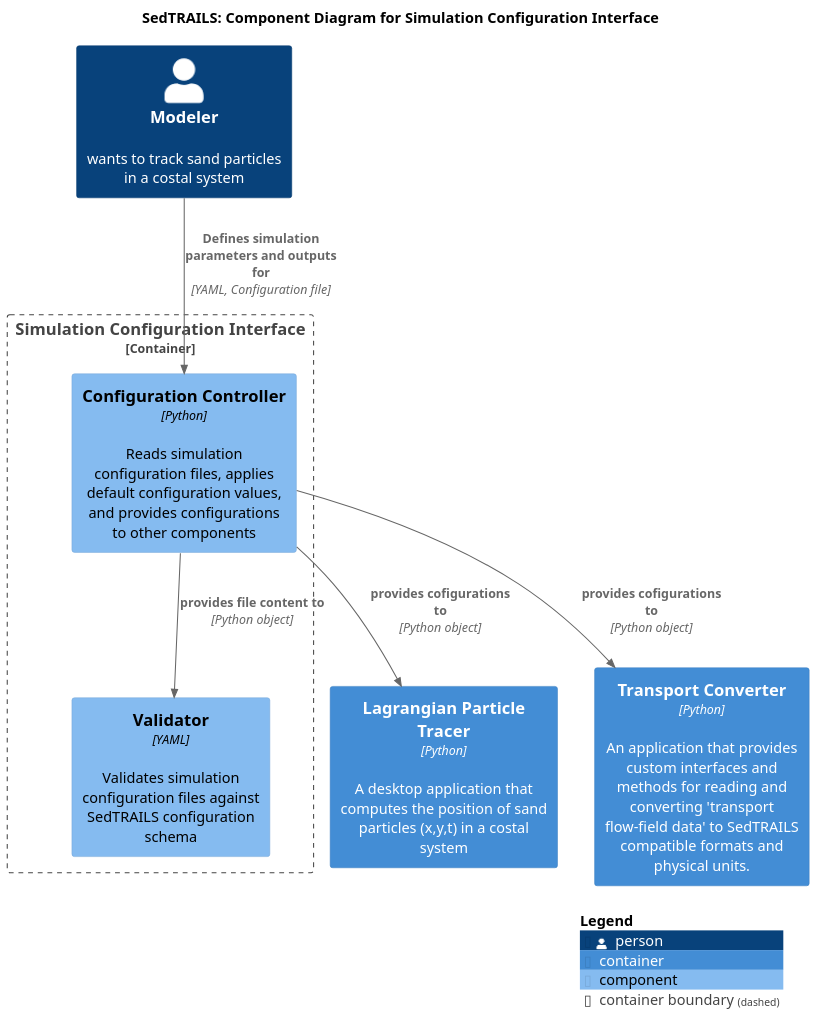
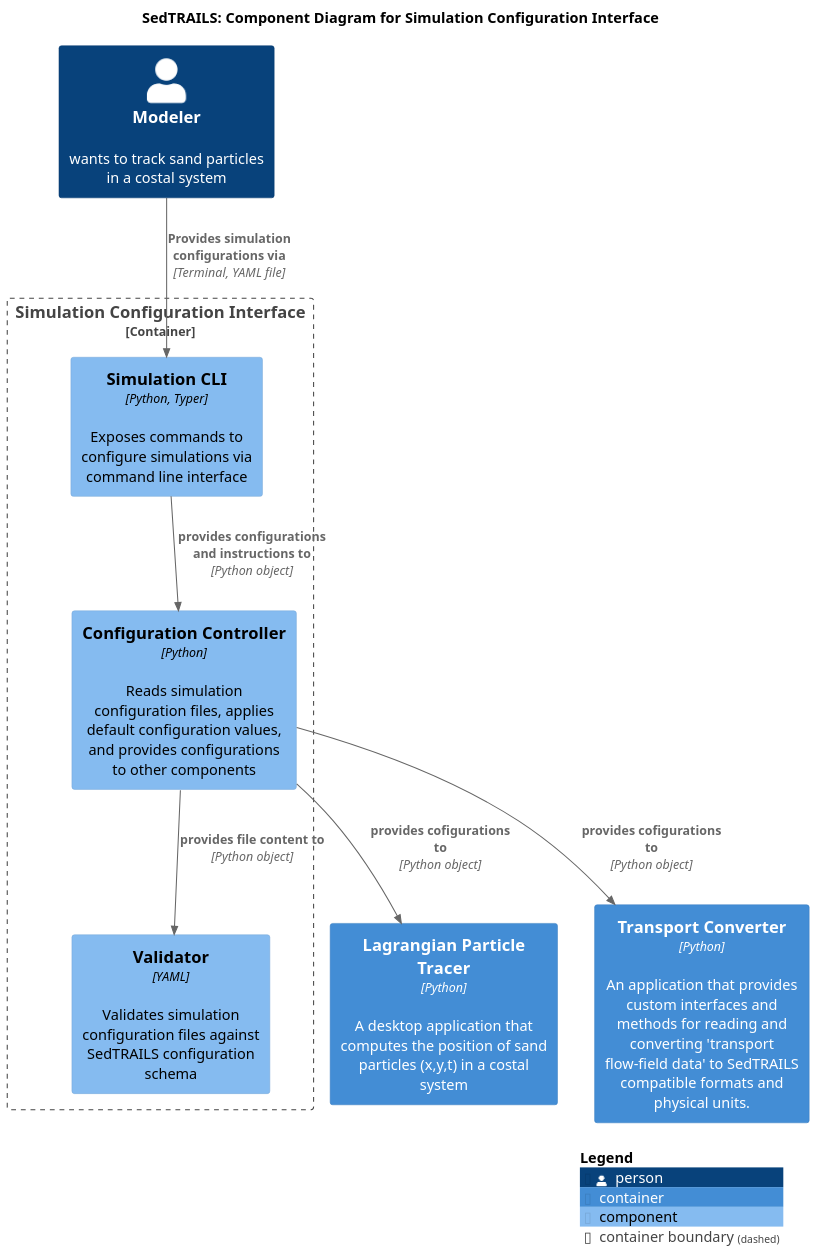
Before and after one commit to sgpearson17/sedtrails-sgp: the diagram in diagrams/componets-config-app.puml, drawn with PlantUML.

```diff
--- a/diagrams/componets-config-app.puml
+++ b/diagrams/componets-config-app.puml
@@ -1,24 +1,26 @@
 @startuml SedtrailComponentsConfigurationInterface
 !include ./c4/C4_Component.puml
 
 ' LAYOUT_LANDSCAPE()
 
 title SedTRAILS: Component Diagram for Simulation Configuration Interface
 scale 1.5
 
 Person(modeler, "Modeler", "wants to track sand particles in a costal system")
 Container(particleTracer, "Lagrangian Particle Tracer", "Python", "A desktop application that computes the position of sand particles (x,y,t) in a costal system")
 Container(transportConverter, "Transport Converter", "Python", "An application that provides custom interfaces and methods for reading and converting 'transport flow-field data' to SedTRAILS compatible formats and physical units.")
 
 Container_Boundary(configInterface, "Simulation Configuration Interface", "Python", "An application that reads and interprets simulation configuration files"){
+    Component(simulCli, "Simulation CLI", "Python, Typer", "Exposes commands to configure simulations via command line interface")
     Component(configController, "Configuration Controller", "Python", "Reads simulation configuration files, applies default configuration values, and provides configurations to other components")
     Component(configValidator, "Validator", "YAML", "Validates simulation configuration files against SedTRAILS configuration schema")
     Rel(configController, configValidator, "provides file content to", "Python object")
+    Rel(simulCli, configController, "provides configurations and instructions to", "Python object")
 }
 
-Rel(modeler, configController, "Defines simulation parameters and outputs for", "YAML, Configuration file")
+Rel(modeler, simulCli, "Provides simulation configurations via", "Terminal, YAML file")
 Rel(configController, particleTracer, "provides cofigurations to", "Python object")
 Rel(configController, transportConverter, "provides cofigurations to", "Python object")
 
 SHOW_LEGEND()
 @enduml
```
